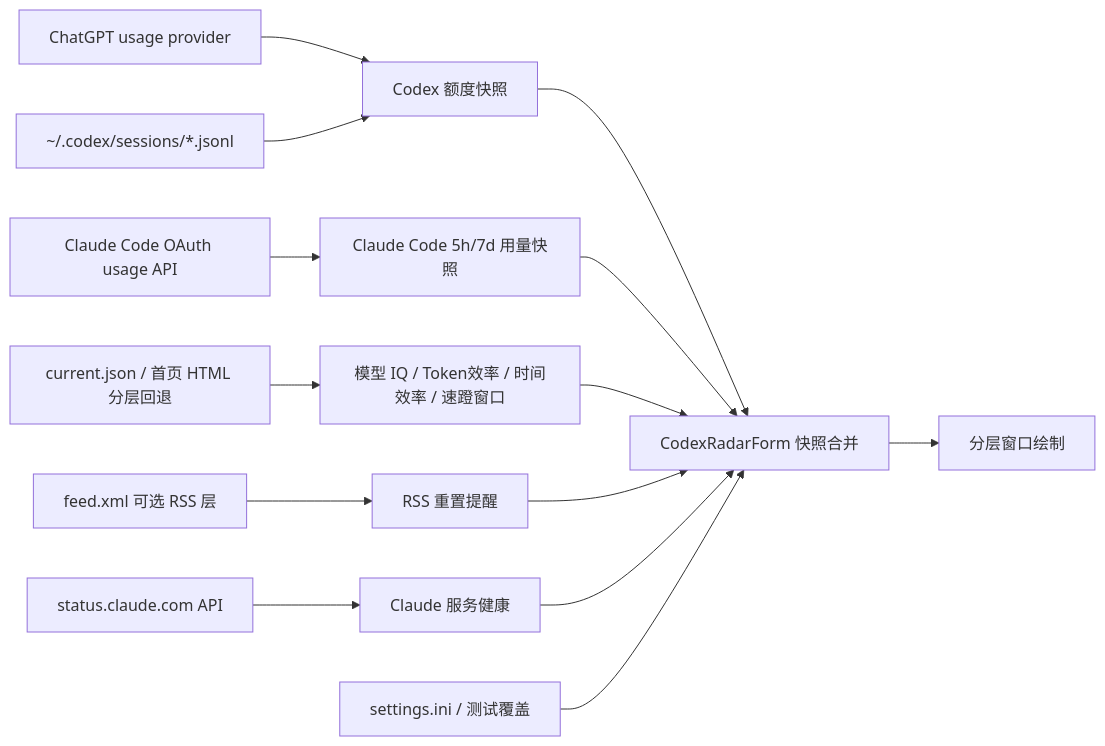
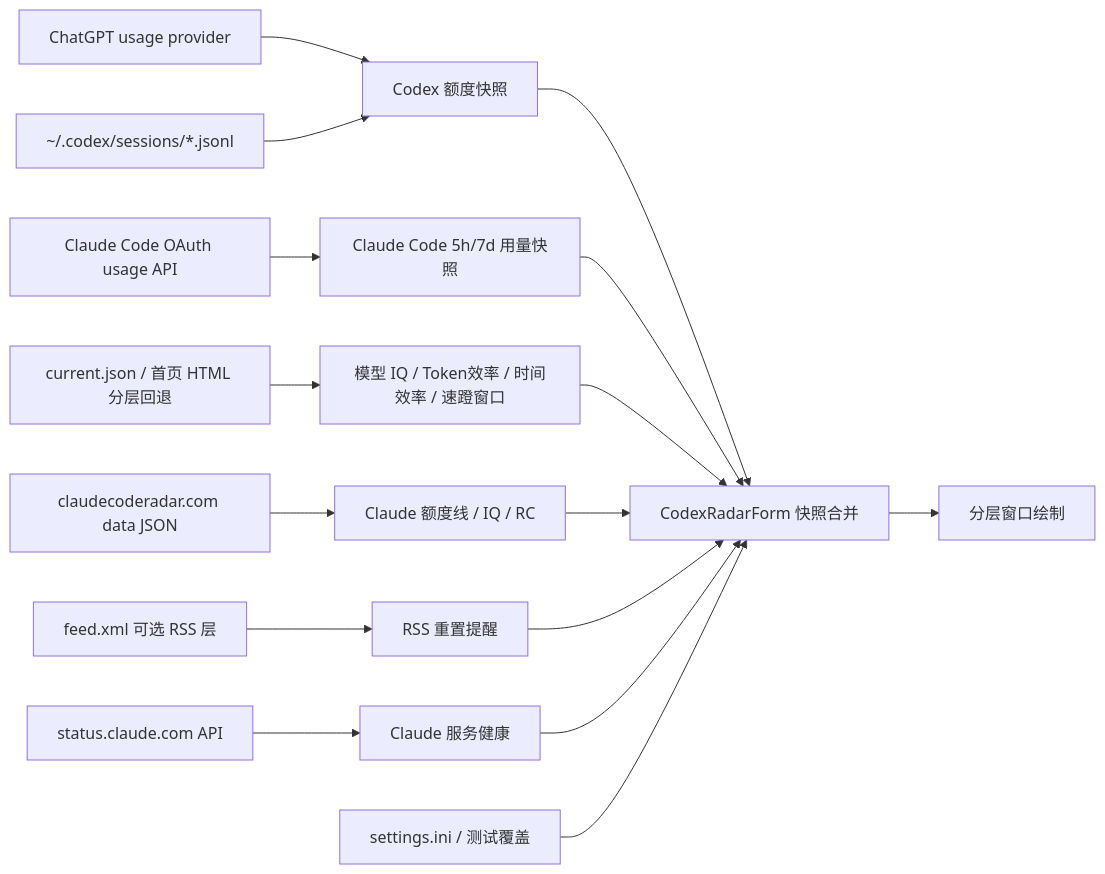
Before and after one commit to AFT-Sakee01/DesktopCodexAssistant: the diagram in Docs/CodexRadar-Architecture.md, drawn with Mermaid. The commit also changed other lines of this file and 61 other files, not shown here.

````diff
--- a/Docs/CodexRadar-Architecture.md
+++ b/Docs/CodexRadar-Architecture.md
@@ -31,16 +31,18 @@
 ```mermaid
 flowchart LR
     ChatGPTUsage["ChatGPT usage provider"] --> Quota["Codex 额度快照"]
     Local["~/.codex/sessions/*.jsonl"] --> Quota
     ClaudeUsage["Claude Code OAuth usage API"] --> ClaudeQuota["Claude Code 5h/7d 用量快照"]
     Radar["current.json / 首页 HTML 分层回退"] --> Model["模型 IQ / Token效率 / 时间效率 / 速蹬窗口"]
+    ClaudeRadarSite["claudecoderadar.com data JSON"] --> ClaudeRadarLine["Claude 额度线 / IQ / RC"]
     Feed["feed.xml 可选 RSS 层"] --> Reset["RSS 重置提醒"]
     Claude["status.claude.com API"] --> ClaudeHealth["Claude 服务健康"]
     Quota --> Merge["CodexRadarForm 快照合并"]
     ClaudeQuota --> Merge
     Model --> Merge
+    ClaudeRadarLine --> Merge
     Reset --> Merge
     ClaudeHealth --> Merge
     Settings["settings.ini / 测试覆盖"] --> Merge
     Merge --> Render["分层窗口绘制"]
 ```
````
